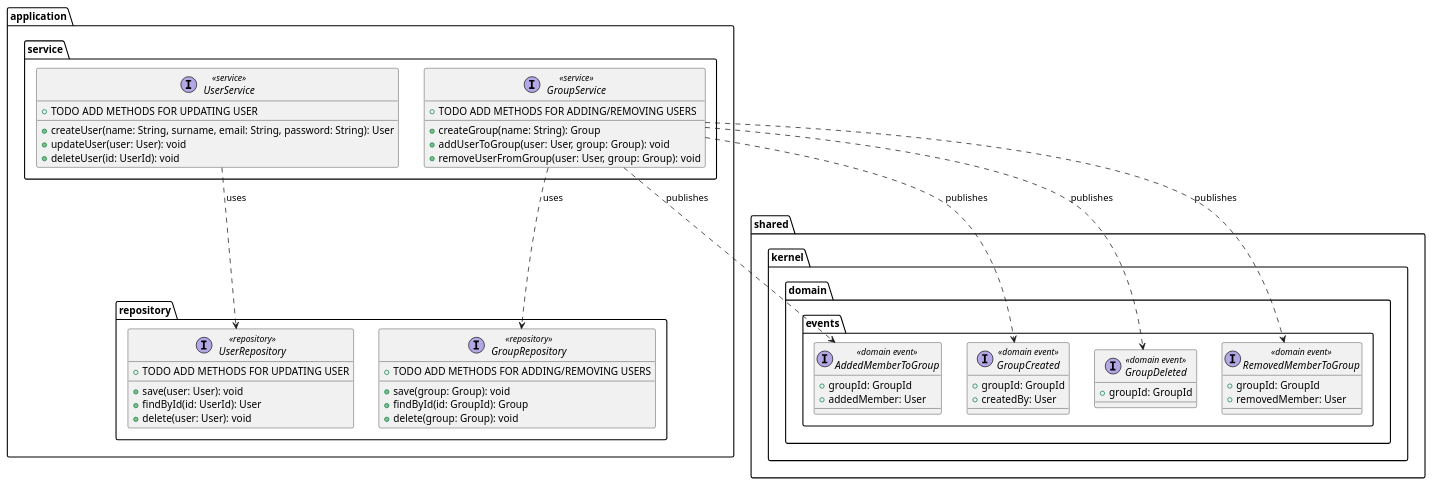
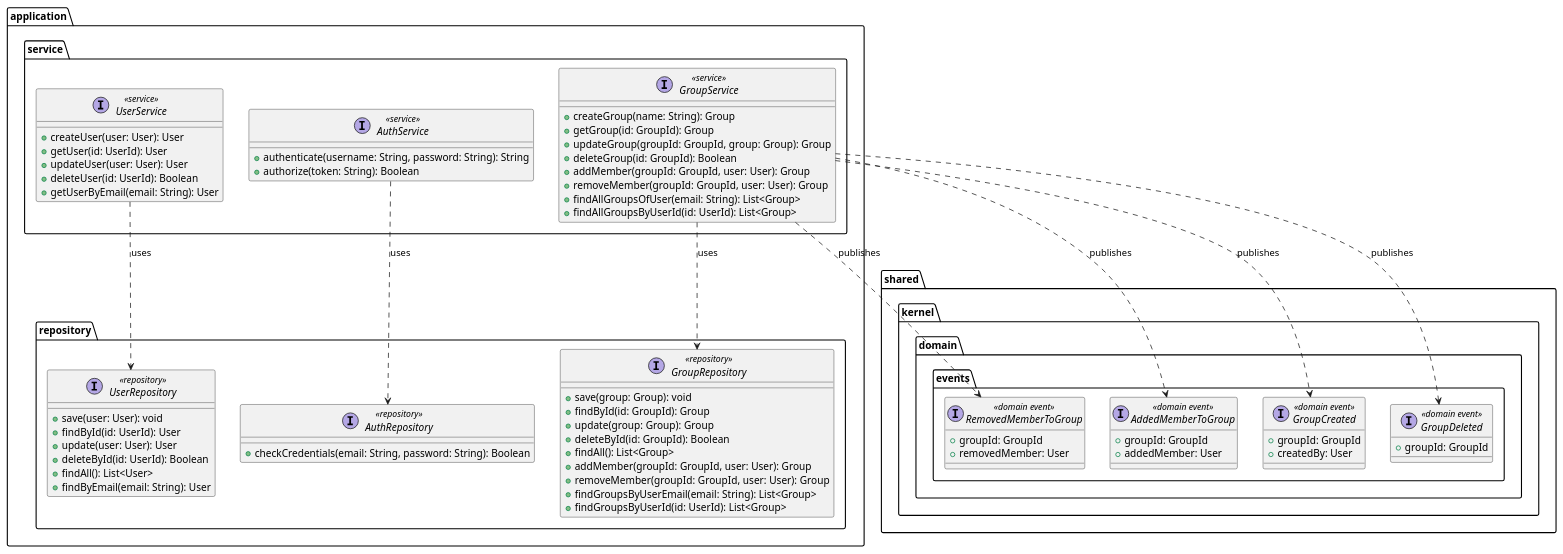
One commit to position-pal/Documentation changed the second of 3 diagrams in content/docs/4-detailed-design/5-user-groups-service.md. Above: the diagram before and after it, drawn with PlantUML. The commit also changed other lines of this file, not shown here.

Commit message:
docs: update user and groups section in detailed desing

````diff
--- a/content/docs/4-detailed-design/5-user-groups-service.md
+++ b/content/docs/4-detailed-design/5-user-groups-service.md
@@ -70,65 +80,81 @@
 ```plantuml
 @startuml user-group-service-application
 package application {
   package repository {
     interface UserRepository <<repository>> {
       + save(user: User): void
       + findById(id: UserId): User
-      + delete(user: User): void
-
-      + TODO ADD METHODS FOR UPDATING USER
+      + update(user: User): User
+      + deleteById(id: UserId): Boolean
+      + findAll(): List<User>
+      + findByEmail(email: String): User
     }
     interface GroupRepository <<repository>> {
       + save(group: Group): void
       + findById(id: GroupId): Group
-      + delete(group: Group): void
-
-      + TODO ADD METHODS FOR ADDING/REMOVING USERS
+      + update(group: Group): Group
+      + deleteById(id: GroupId): Boolean
+      + findAll(): List<Group>
+      + addMember(groupId: GroupId, user: User): Group
+      + removeMember(groupId: GroupId, user: User): Group
+      + findGroupsByUserEmail(email: String): List<Group>
+      + findGroupsByUserId(id: UserId): List<Group>
+    }
+    interface AuthRepository <<repository>> {
+      + checkCredentials(email: String, password: String): Boolean
     }
   }
   
   package service {
     interface UserService <<service>> {
-      + createUser(name: String, surname, email: String, password: String): User
-      + updateUser(user: User): void
-      + deleteUser(id: UserId): void
-
-      + TODO ADD METHODS FOR UPDATING USER
+      + createUser(user: User): User
+      + getUser(id: UserId): User
+      + updateUser(user: User): User
+      + deleteUser(id: UserId): Boolean
+      + getUserByEmail(email: String): User
     }
     interface GroupService <<service>> {
       + createGroup(name: String): Group
-      + addUserToGroup(user: User, group: Group): void
-      + removeUserFromGroup(user: User, group: Group): void
-
-      + TODO ADD METHODS FOR ADDING/REMOVING USERS
+      + getGroup(id: GroupId): Group
+      + updateGroup(groupId: GroupId, group: Group): Group
+      + deleteGroup(id: GroupId): Boolean
+      + addMember(groupId: GroupId, user: User): Group
+      + removeMember(groupId: GroupId, user: User): Group
+      + findAllGroupsOfUser(email: String): List<Group>
+      + findAllGroupsByUserId(id: UserId): List<Group>
+    }
+    interface AuthService <<service>> {
+      + authenticate(username: String, password: String): String
+      + authorize(token: String): Boolean
     }
   }
 }
 
 package shared.kernel.domain.events {
     interface AddedMemberToGroup <<domain event>> {
         + groupId: GroupId
         + addedMember: User
     }
     interface GroupCreated <<domain event>> {
         + groupId: GroupId
         + createdBy: User
     }
     interface GroupDeleted <<domain event>> {
         + groupId: GroupId
     }
     interface RemovedMemberToGroup <<domain event>> {
         + groupId: GroupId
         + removedMember: User
     }
 }
 
   application.service.UserService ..> application.repository.UserRepository : uses
   application.service.GroupService ..> application.repository.GroupRepository : uses
+  application.service.AuthService ..> application.repository.AuthRepository : uses
   application.service.GroupService ..> shared.kernel.domain.events.GroupDeleted : publishes
   application.service.GroupService ..> shared.kernel.domain.events.GroupCreated : publishes
   application.service.GroupService ..> shared.kernel.domain.events.AddedMemberToGroup : publishes
   application.service.GroupService ..> shared.kernel.domain.events.RemovedMemberToGroup : publishes
 
 @enduml
 ```
````
